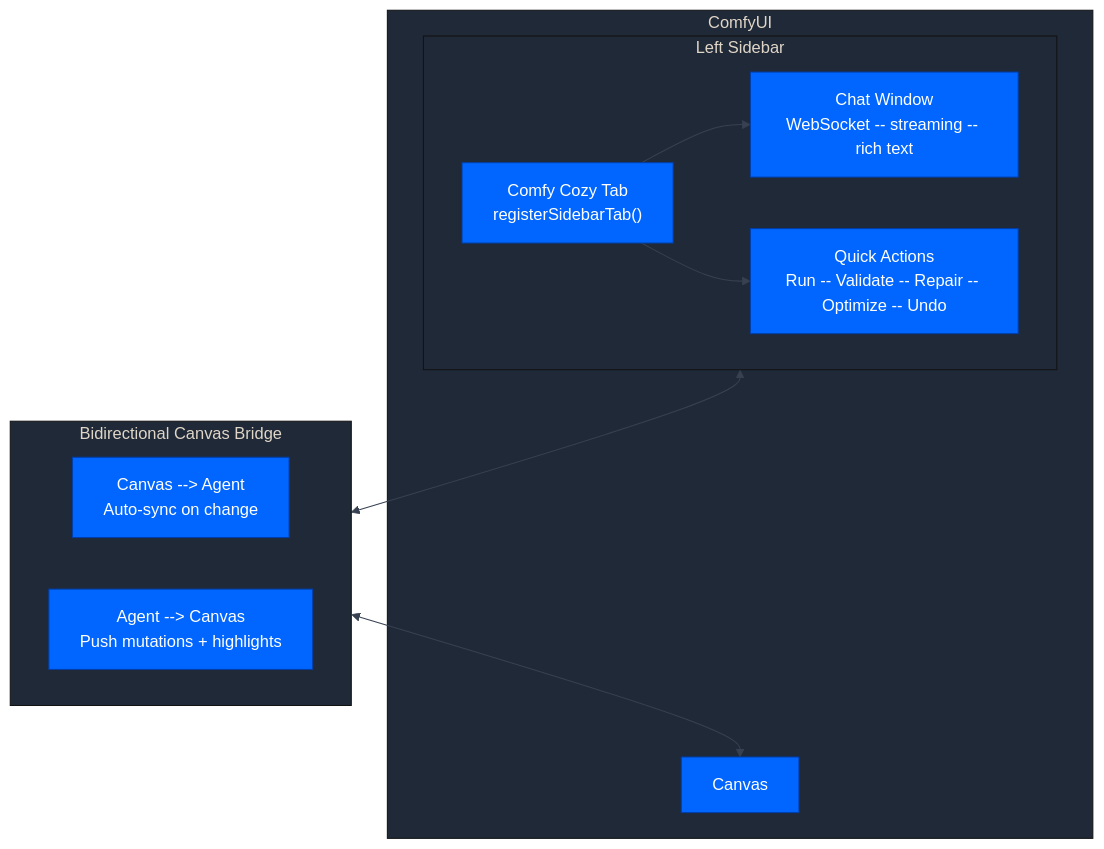
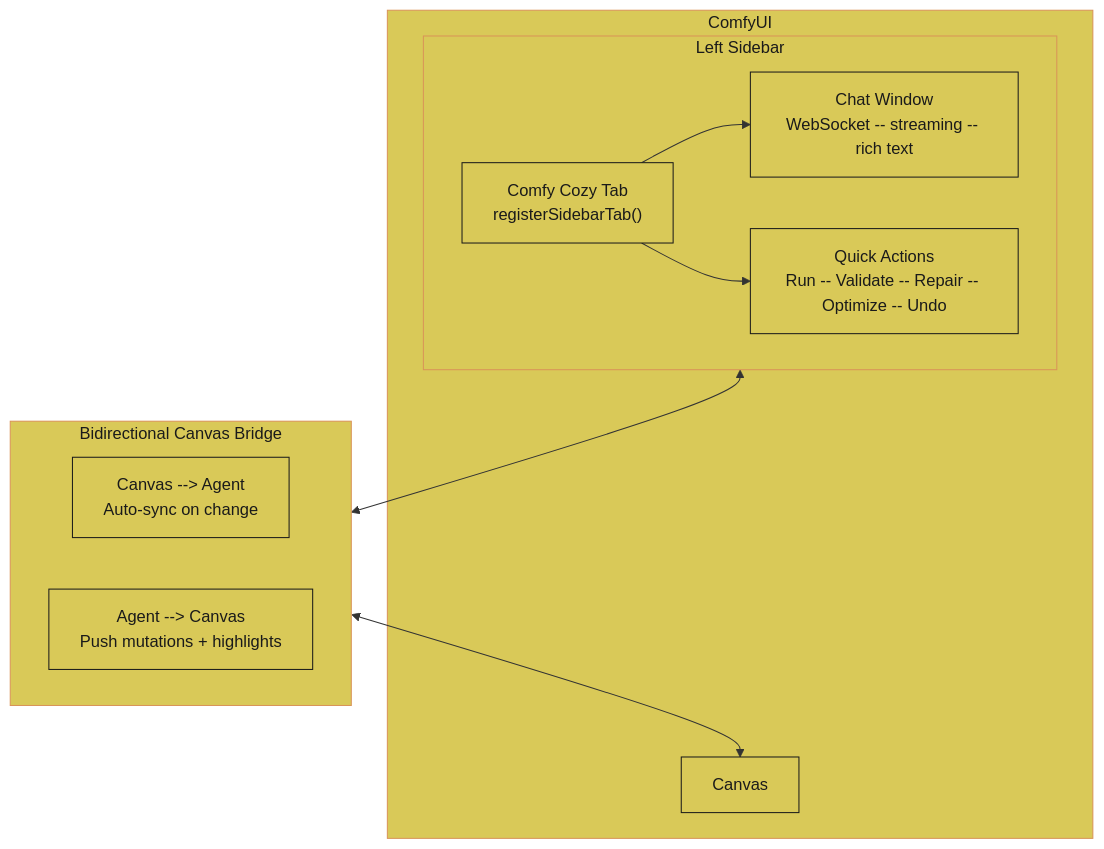
Before and after one commit to JosephOIbrahim/Comfy-Cozy: diagram 14 of 27 in README.md, drawn with Mermaid. The commit also changed other lines of this file and 38 other files, not shown here.

````diff
--- a/README.md
+++ b/README.md
@@ -578,22 +698,29 @@
 ```mermaid
-%%{init: {'theme':'base','themeVariables': {'primaryColor':'#0066FF','primaryTextColor':'#ffffff','primaryBorderColor':'#003eaa','lineColor':'#374151','secondaryColor':'#374151','tertiaryColor':'#1f2937','fontFamily':'monospace'}}}%%
 graph TB
     subgraph ComfyUI_App ["ComfyUI"]
         subgraph Sidebar ["Left Sidebar"]
             Tab["Comfy Cozy Tab<br/>registerSidebarTab()"]
             Chat["Chat Window<br/>WebSocket -- streaming -- rich text"]
             QA["Quick Actions<br/>Run -- Validate -- Repair -- Optimize -- Undo"]
         end
         Canvas["Canvas"]
     end
 
     subgraph Bridge ["Bidirectional Canvas Bridge"]
         C2A["Canvas --> Agent<br/>Auto-sync on change"]
         A2C["Agent --> Canvas<br/>Push mutations + highlights"]
     end
 
     Tab --> Chat
     Tab --> QA
     Sidebar <--> Bridge
     Bridge <--> Canvas
+
+    style ComfyUI_App fill:#d9c958,color:#1a1a1a,stroke:#d99458
+    style Sidebar fill:#d9c958,color:#1a1a1a,stroke:#d99458
+    style Bridge fill:#d9c958,color:#1a1a1a,stroke:#d99458
+
+    classDef orange fill:#d99458,color:#1a1a1a,stroke:#1a1a1a
+    classDef yellow fill:#d9c958,color:#1a1a1a,stroke:#1a1a1a
+    class Tab,registerSidebarTab,Chat,QA,Canvas,C2A,A2C yellow
 ```
````
